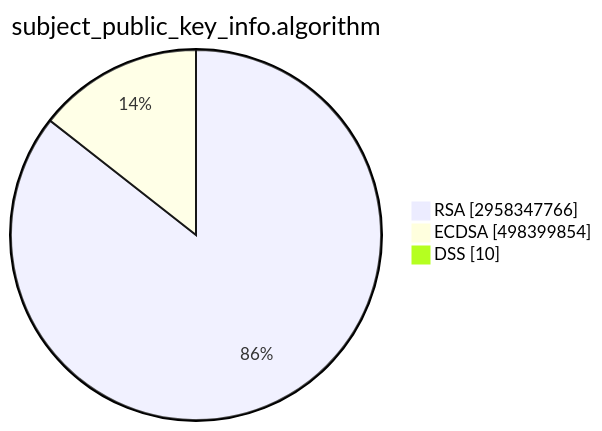
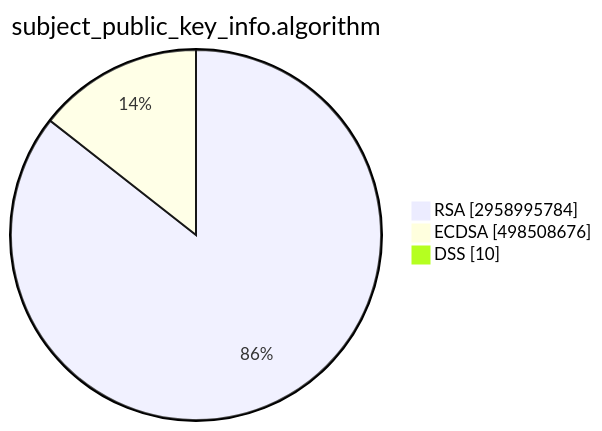
Before and after one commit to christiankrug/ctmonitor_visualization: the second of 15 diagrams in TOTAL/README.md, drawn with Mermaid. The commit also changed other lines of this file, not shown here.

````diff
--- a/TOTAL/README.md
+++ b/TOTAL/README.md
@@ -6,7 +6,7 @@
 ```mermaid
 pie showData
 title subject_public_key_info.algorithm
-"RSA" :2958347766
-"ECDSA" :498399854
+"RSA" :2958995784
+"ECDSA" :498508676
 "DSS" :10
 ```
````
